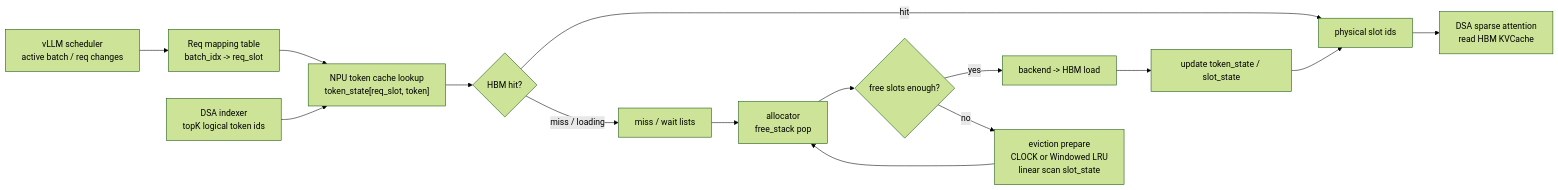
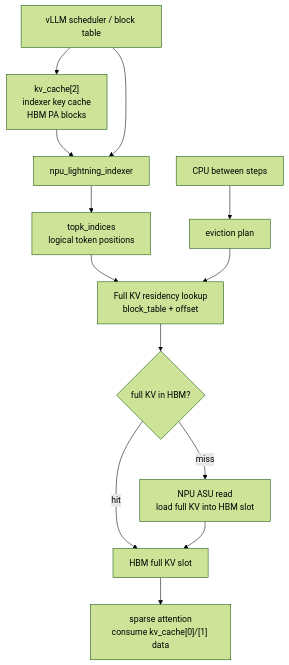
Before and after one commit to ykfnxx/ASU-Ascend: the first of 8 diagrams in docs/draft/2026-06-02-npu-hbm-kvcache-management-draft.md, drawn with Mermaid (forest theme). The commit also changed other lines of this file, not shown here.

Commit message:
Rewrite KVCache draft around block table

````diff
--- a/docs/draft/2026-06-02-npu-hbm-kvcache-management-draft.md
+++ b/docs/draft/2026-06-02-npu-hbm-kvcache-management-draft.md
@@ -67,17 +189,17 @@
 ```mermaid
-flowchart LR
-    V["vLLM scheduler<br/>active batch / req changes"] --> R["Req mapping table<br/>batch_idx -> req_slot"]
-    I["DSA indexer<br/>topK logical token ids"] --> L["NPU token cache lookup<br/>token_state[req_slot, token]"]
-    R --> L
-    L --> H{"HBM hit?"}
-    H -- "hit" --> P["physical slot ids"]
-    H -- "miss / loading" --> M["miss / wait lists"]
-    M --> A["allocator<br/>free_stack pop"]
-    A --> E{"free slots enough?"}
-    E -- "yes" --> IO["backend -> HBM load"]
-    E -- "no" --> C["eviction prepare<br/>CLOCK or Windowed LRU<br/>linear scan slot_state"]
-    C --> A
-    IO --> U["update token_state / slot_state"]
-    U --> P
-    P --> S["DSA sparse attention<br/>read HBM KVCache"]
+flowchart TB
+    A["vLLM scheduler / block table"] --> B["kv_cache[2]<br/>indexer key cache<br/>HBM PA blocks"]
+    B --> C["npu_lightning_indexer"]
+    A --> C
+    C --> D["topk_indices<br/>logical token positions"]
+
+    D --> E["Full KV residency lookup<br/>block_table + offset"]
+    E --> F{"full KV in HBM?"}
+    F -- "hit" --> G["HBM full KV slot"]
+    F -- "miss" --> H["NPU ASU read<br/>load full KV into HBM slot"]
+    H --> G
+    G --> I["sparse attention<br/>consume kv_cache[0]/[1] data"]
+
+    J["CPU between steps"] --> K["eviction plan"]
+    K --> E
 ```
````
